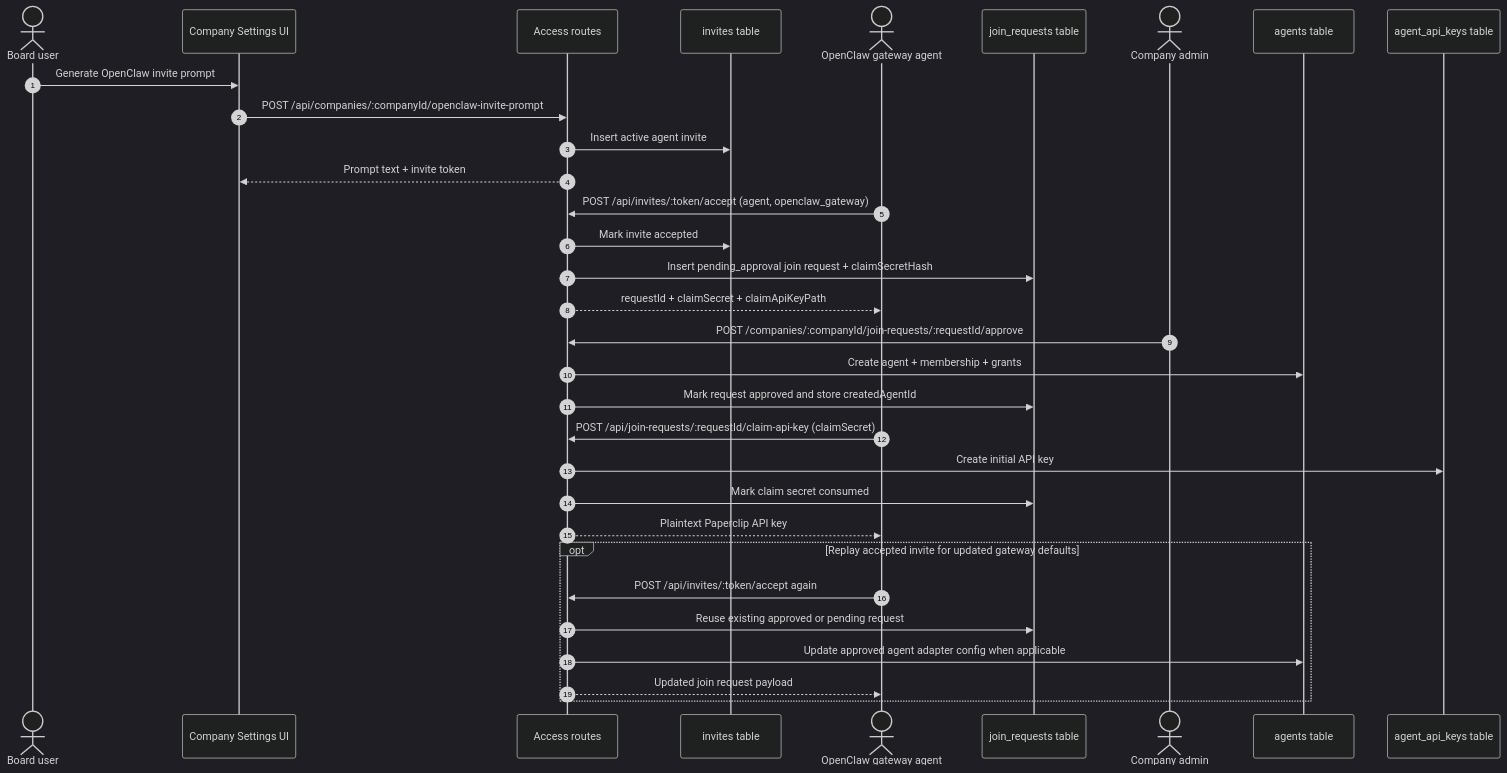
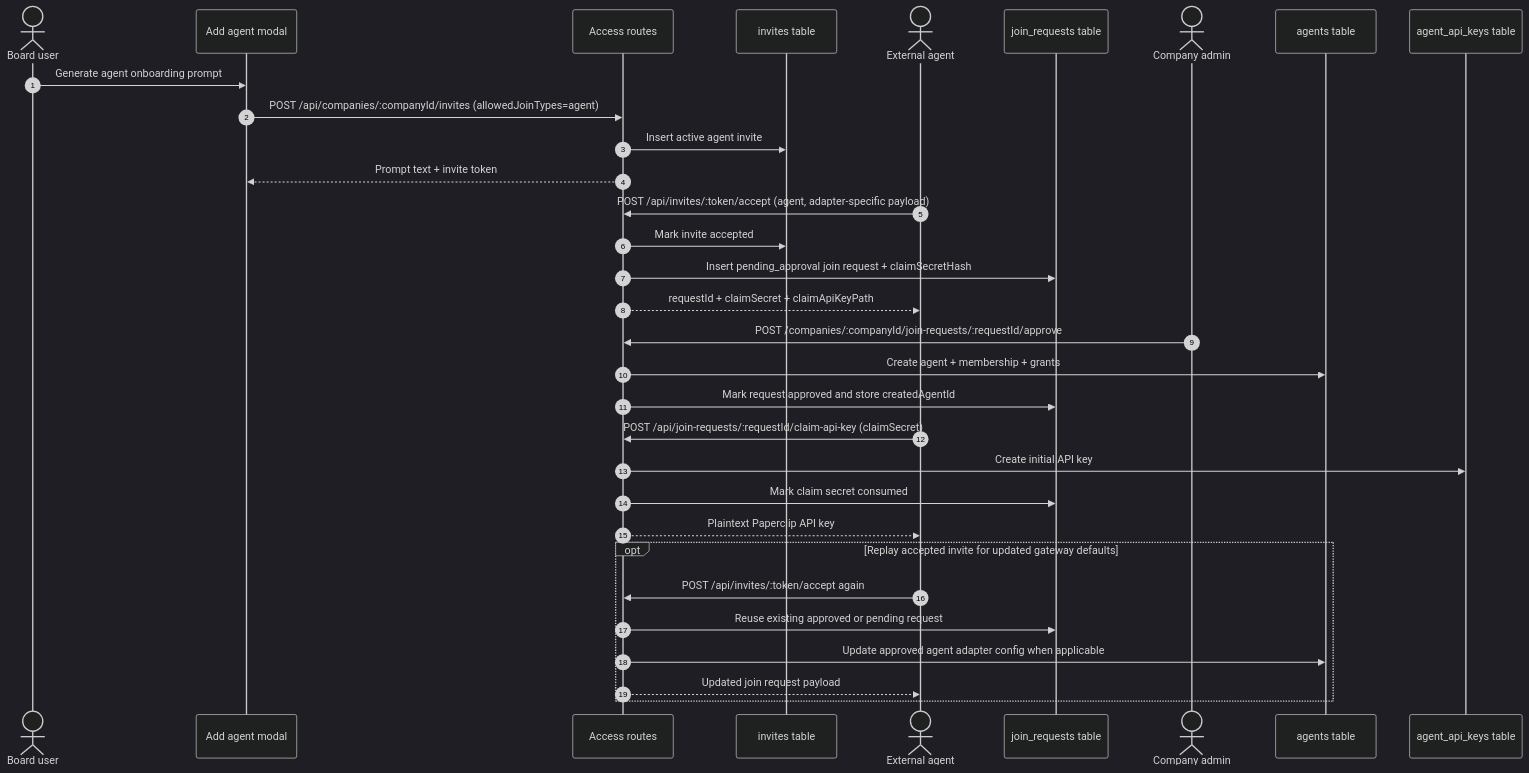
One commit to itkadr-git/myrmidon changed the sixth of 6 diagrams in doc/spec/invite-flow.md. Above: the diagram before and after it, drawn with Mermaid (dark theme). The commit also changed other lines of this file and 16 other files, not shown here.

First line of the commit message:
Improve external agent invite flow (#6183)

````diff
--- a/doc/spec/invite-flow.md
+++ b/doc/spec/invite-flow.md
@@ -246,39 +246,39 @@
 ```mermaid
 sequenceDiagram
   autonumber
   actor Board as Board user
-  participant Settings as Company Settings UI
+  participant AddAgent as Add agent modal
   participant API as Access routes
   participant Invites as invites table
-  actor Gateway as OpenClaw gateway agent
+  actor Gateway as External agent
   participant Join as join_requests table
   actor Approver as Company admin
   participant Agents as agents table
   participant Keys as agent_api_keys table
 
-  Board->>Settings: Generate OpenClaw invite prompt
-  Settings->>API: POST /api/companies/:companyId/openclaw-invite-prompt
+  Board->>AddAgent: Generate agent onboarding prompt
+  AddAgent->>API: POST /api/companies/:companyId/invites (allowedJoinTypes=agent)
   API->>Invites: Insert active agent invite
-  API-->>Settings: Prompt text + invite token
+  API-->>AddAgent: Prompt text + invite token
 
-  Gateway->>API: POST /api/invites/:token/accept (agent, openclaw_gateway)
+  Gateway->>API: POST /api/invites/:token/accept (agent, adapter-specific payload)
   API->>Invites: Mark invite accepted
   API->>Join: Insert pending_approval join request + claimSecretHash
   API-->>Gateway: requestId + claimSecret + claimApiKeyPath
 
   Approver->>API: POST /companies/:companyId/join-requests/:requestId/approve
   API->>Agents: Create agent + membership + grants
   API->>Join: Mark request approved and store createdAgentId
 
   Gateway->>API: POST /api/join-requests/:requestId/claim-api-key (claimSecret)
   API->>Keys: Create initial API key
   API->>Join: Mark claim secret consumed
   API-->>Gateway: Plaintext Paperclip API key
 
   opt Replay accepted invite for updated gateway defaults
     Gateway->>API: POST /api/invites/:token/accept again
     API->>Join: Reuse existing approved or pending request
     API->>Agents: Update approved agent adapter config when applicable
     API-->>Gateway: Updated join request payload
   end
 ```
````
